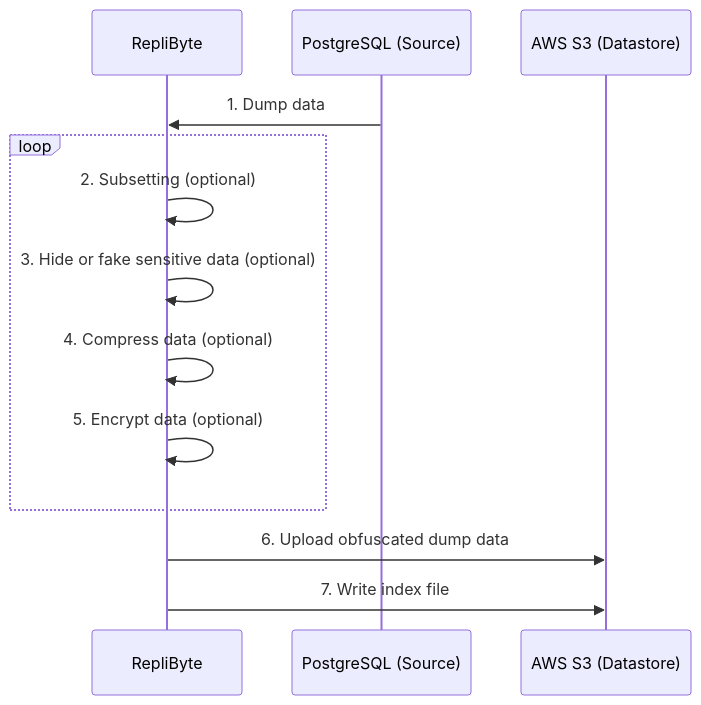
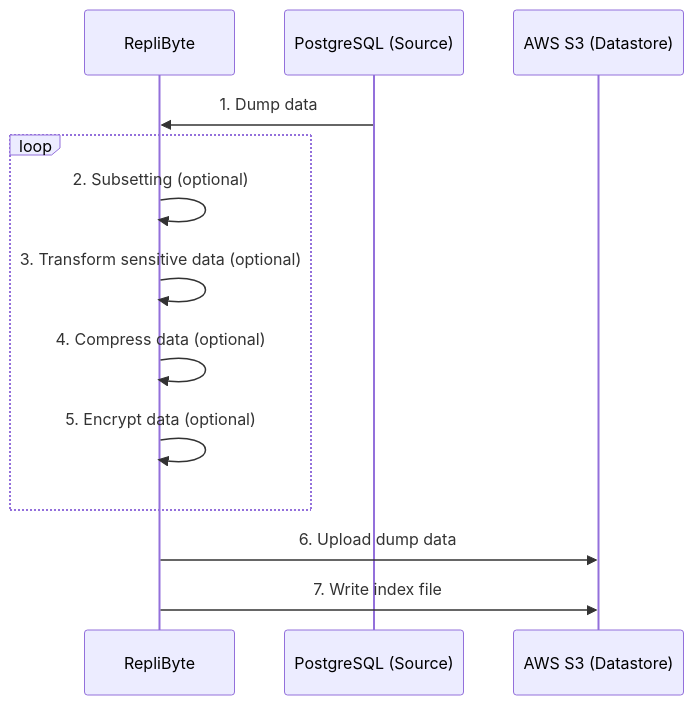
The first of 2 diagrams in website/docs/how-replibyte-works.md (Qovery/Replibyte), drawn with Mermaid before and after one commit. The commit also changed 25 other files, not shown here.

````diff
--- a/website/docs/how-replibyte-works.md
+++ b/website/docs/how-replibyte-works.md
@@ -18,15 +18,15 @@
 ```mermaid
 sequenceDiagram
     participant RepliByte
     participant PostgreSQL (Source)
     participant AWS S3 (Datastore)
     PostgreSQL (Source)->>RepliByte: 1. Dump data
     loop
         RepliByte->>RepliByte: 2. Subsetting (optional)
-        RepliByte->>RepliByte: 3. Hide or fake sensitive data (optional)
+        RepliByte->>RepliByte: 3. Transform sensitive data (optional)
         RepliByte->>RepliByte: 4. Compress data (optional)
         RepliByte->>RepliByte: 5. Encrypt data (optional)
     end
-    RepliByte->>AWS S3 (Datastore): 6. Upload obfuscated dump data
+    RepliByte->>AWS S3 (Datastore): 6. Upload dump data
     RepliByte->>AWS S3 (Datastore): 7. Write index file
 ```
````
